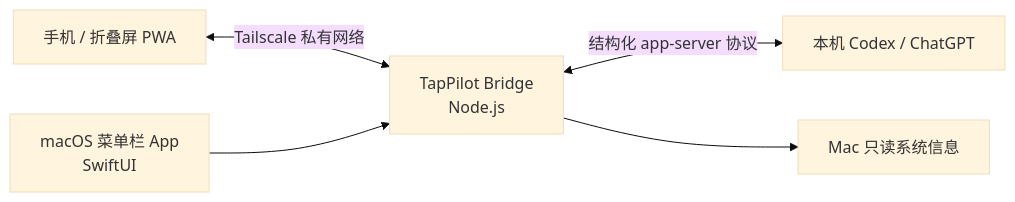
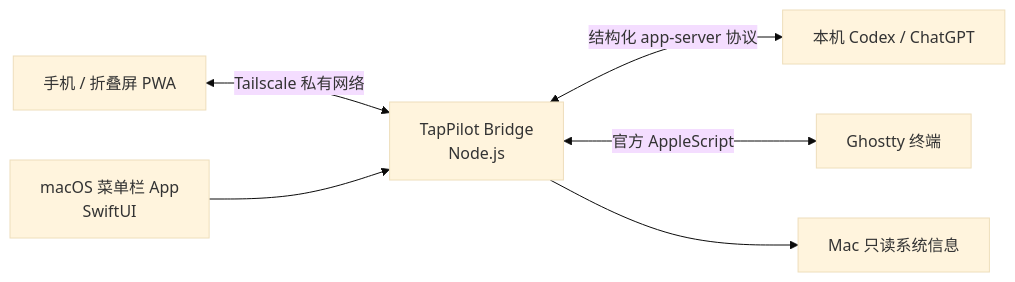
The diagram in README.md (Mibslee/TapPilot), drawn with Mermaid (base theme) before and after one commit. The commit also changed other lines of this file and 21 other files, not shown here.

````diff
--- a/README.md
+++ b/README.md
@@ -98,7 +121,8 @@
 ```mermaid
 flowchart LR
   Phone["手机 / 折叠屏 PWA"] <-- "Tailscale 私有网络" --> Bridge["TapPilot Bridge\nNode.js"]
   Menu["macOS 菜单栏 App\nSwiftUI"] --> Bridge
   Bridge <-- "结构化 app-server 协议" --> Codex["本机 Codex / ChatGPT"]
+  Bridge <-- "官方 AppleScript" --> Ghostty["Ghostty 终端"]
   Bridge --> Mac["Mac 只读系统信息"]
 ```
````
